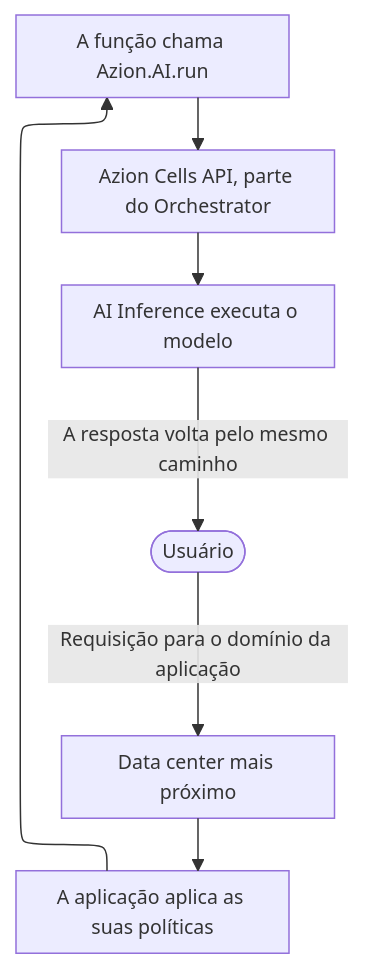
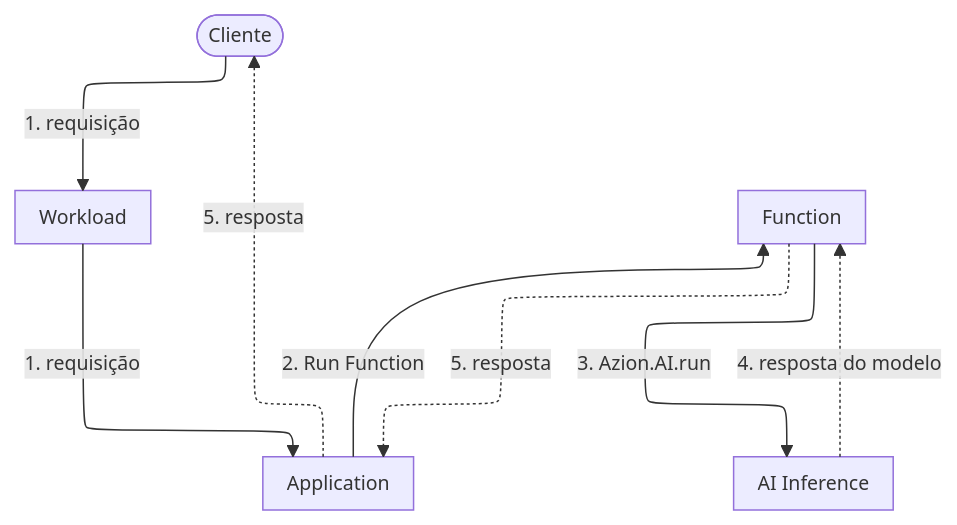
The diagram in apps/docs/src/content/docs/pt-br/pages/menu-principal/referencia/ai-inference/edge-ai-reference.mdx (aziontech/docs), drawn with Mermaid before and after one commit. The commit also changed other lines of this file and 7 other files, not shown here.

````diff
--- a/apps/docs/src/content/docs/pt-br/pages/menu-principal/referencia/ai-inference/edge-ai-reference.mdx
+++ b/apps/docs/src/content/docs/pt-br/pages/menu-principal/referencia/ai-inference/edge-ai-reference.mdx
@@ -52,10 +29,16 @@
 ```mermaid
-%%{init: {"layout": "elk", "themeVariables": {"fontSize": "13px"}, "flowchart": {"nodeSpacing": 24, "rankSpacing": 36, "padding": 8, "wrappingWidth": 150, "useMaxWidth": true}, "sequence": {"width": 120, "actorMargin": 30, "useMaxWidth": true}}}%%
+%%{init: {"layout": "elk", "elk": {"cycleBreakingStrategy": "MODEL_ORDER"}, "themeVariables": {"fontSize": "13px"}, "flowchart": {"nodeSpacing": 24, "rankSpacing": 36, "padding": 8, "wrappingWidth": 150, "useMaxWidth": true}, "sequence": {"width": 120, "actorMargin": 30, "useMaxWidth": true}}}%%
 flowchart TD
-  User(["Usuário"]) -->|"Requisição para o domínio da aplicação"| DC["Data center mais próximo"]
-  DC --> App["A aplicação aplica as suas políticas"]
-  App --> Fn["A função chama Azion.AI.run"]
-  Fn --> Cells["Azion Cells API, parte do Orchestrator"]
-  Cells --> Model["AI Inference executa o modelo"]
-  Model -->|"A resposta volta pelo mesmo caminho"| User
+  Client(["Cliente"])
+  WL["Workload"]
+  App["Application"]
+  Fn["Function"]
+  AI["AI Inference"]
+  Client -->|"1. requisição"| WL
+  WL -->|"1. requisição"| App
+  App -->|"2. Run Function"| Fn
+  Fn -->|"3. Azion.AI.run"| AI
+  AI -.->|"4. resposta do modelo"| Fn
+  Fn -.->|"5. resposta"| App
+  App -.->|"5. resposta"| Client
 ```
````
